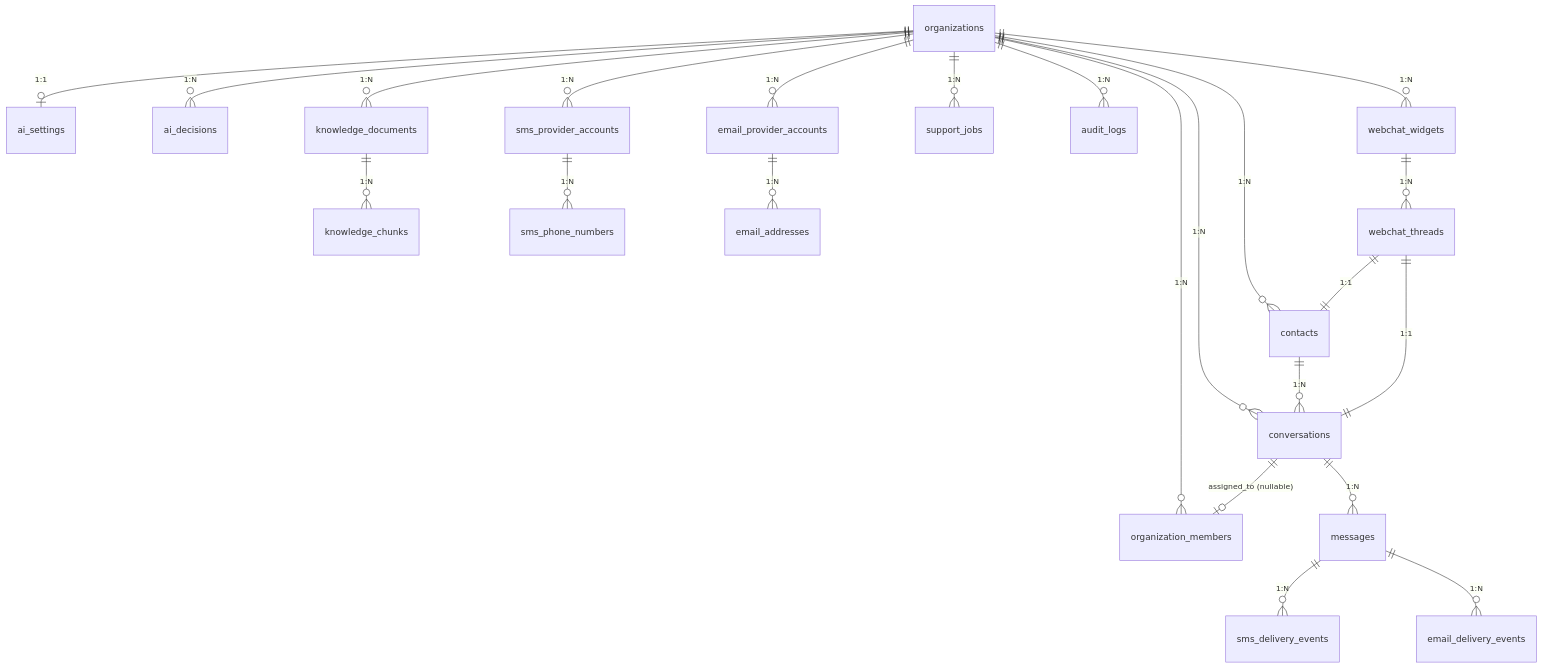
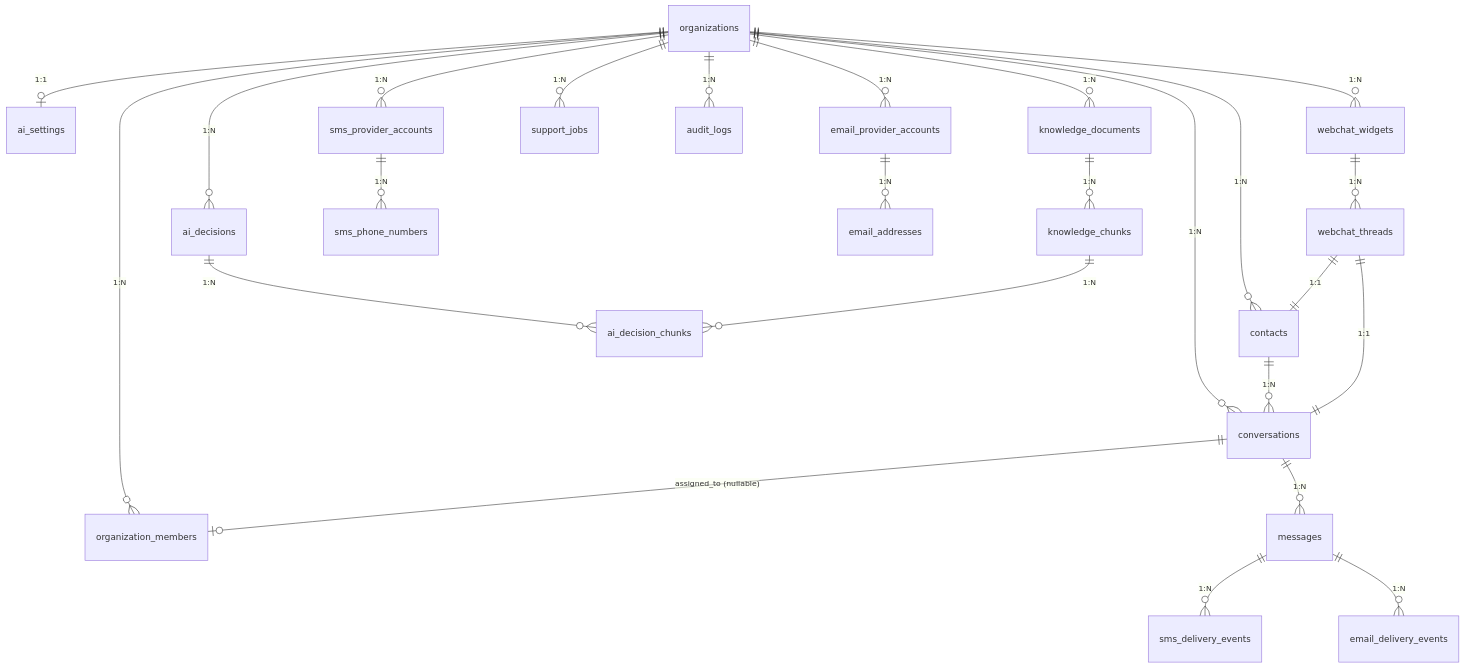
One commit to Xuefeng-Zhu/InboxPilot changed the diagram in docs/reference/database.md. Above: the diagram before and after it, drawn with Mermaid. The commit also changed other lines of this file and 10 other files, not shown here.

````diff
--- a/docs/reference/database.md
+++ b/docs/reference/database.md
@@ -24,25 +28,27 @@
 ```mermaid
 erDiagram
   organizations ||--o{ organization_members : "1:N"
   organizations ||--o{ contacts : "1:N"
   organizations ||--o{ conversations : "1:N"
   contacts ||--o{ conversations : "1:N"
   conversations ||--o{ messages : "1:N"
   messages ||--o{ sms_delivery_events : "1:N"
   messages ||--o{ email_delivery_events : "1:N"
   organizations ||--o| ai_settings : "1:1"
   organizations ||--o{ ai_decisions : "1:N"
+  ai_decisions ||--o{ ai_decision_chunks : "1:N"
+  knowledge_chunks ||--o{ ai_decision_chunks : "1:N"
   organizations ||--o{ knowledge_documents : "1:N"
   knowledge_documents ||--o{ knowledge_chunks : "1:N"
   organizations ||--o{ sms_provider_accounts : "1:N"
   sms_provider_accounts ||--o{ sms_phone_numbers : "1:N"
   organizations ||--o{ email_provider_accounts : "1:N"
   email_provider_accounts ||--o{ email_addresses : "1:N"
   organizations ||--o{ support_jobs : "1:N"
   organizations ||--o{ audit_logs : "1:N"
   organizations ||--o{ webchat_widgets : "1:N"
   webchat_widgets ||--o{ webchat_threads : "1:N"
   webchat_threads ||--|| conversations : "1:1"
   webchat_threads ||--|| contacts : "1:1"
   conversations ||--o| organization_members : "assigned_to (nullable)"
 ```
````
